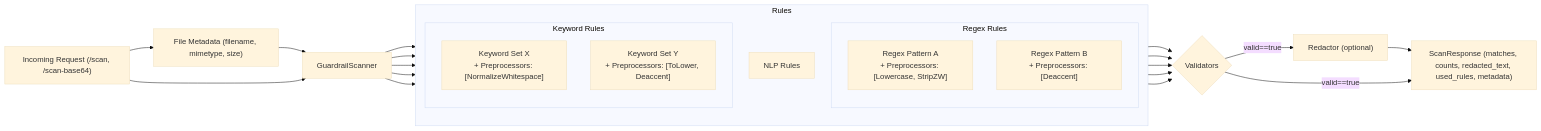
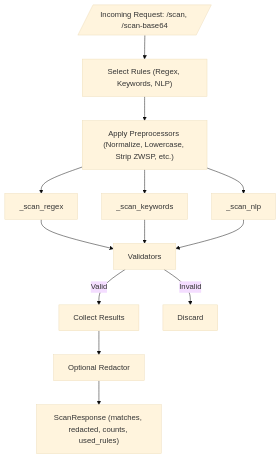
Before and after one commit to mmohanty/info_shield: the diagram in flow.mmd, drawn with Mermaid (base theme). The commit also changed 8 other files, not shown here.

```diff
--- a/flow.mmd
+++ b/flow.mmd
@@ -1,32 +1,28 @@
-flowchart LR
-  REQ["Incoming Request (/scan, /scan-base64)"]
-  META["File Metadata (filename, mimetype, size)"]
+flowchart TD
+    A1[/"Incoming Request: /scan, /scan-base64"/]
 
-  SCAN["GuardrailScanner"]
+    %% Rule selection
+    A1 --> B1["Select Rules (Regex, Keywords, NLP)"]
 
-  subgraph RULES["Rules"]
-    direction TB
-    subgraph REGEX["Regex Rules"]
-      R1["Regex Pattern A\n+ Preprocessors: [Lowercase, StripZW]"]
-      R2["Regex Pattern B\n+ Preprocessors: [Deaccent]"]
-    end
-    subgraph KEYWORD["Keyword Rules"]
-      K1["Keyword Set X\n+ Preprocessors: [NormalizeWhitespace]"]
-      K2["Keyword Set Y\n+ Preprocessors: [ToLower, Deaccent]"]
-    end
-    NLP["NLP Rules"]
-  end
+    %% Preprocessing
+    B1 --> P1["Apply Preprocessors (Normalize, Lowercase, Strip ZWSP, etc.)"]
 
-  VAL{"Validators"}
-  RED["Redactor (optional)"]
-  RESP["ScanResponse (matches, counts, redacted_text, used_rules, metadata)"]
+    %% Scanners
+    P1 --> S2[_scan_regex]
+    P1 --> S3[_scan_keywords]
+    P1 --> S4[_scan_nlp]
 
-  REQ --> META --> SCAN
-  REQ --> SCAN
-  SCAN --> R1 --> VAL
-  SCAN --> R2 --> VAL
-  SCAN --> K1 --> VAL
-  SCAN --> K2 --> VAL
-  SCAN --> NLP --> VAL
-  VAL -->|valid==true| RED --> RESP
-  VAL -->|valid==true| RESP
+    %% Validators
+    S2 --> V1[Validators]
+    S3 --> V1
+    S4 --> V1
+
+    %% Validation filter
+    V1 -->|Valid| R1[Collect Results]
+    V1 -->|Invalid| D1[Discard]
+
+    %% Optional Redaction
+    R1 --> Red[Optional Redactor]
+
+    %% Final Response
+    Red --> Out1["ScanResponse (matches, redacted, counts, used_rules)"]
```
